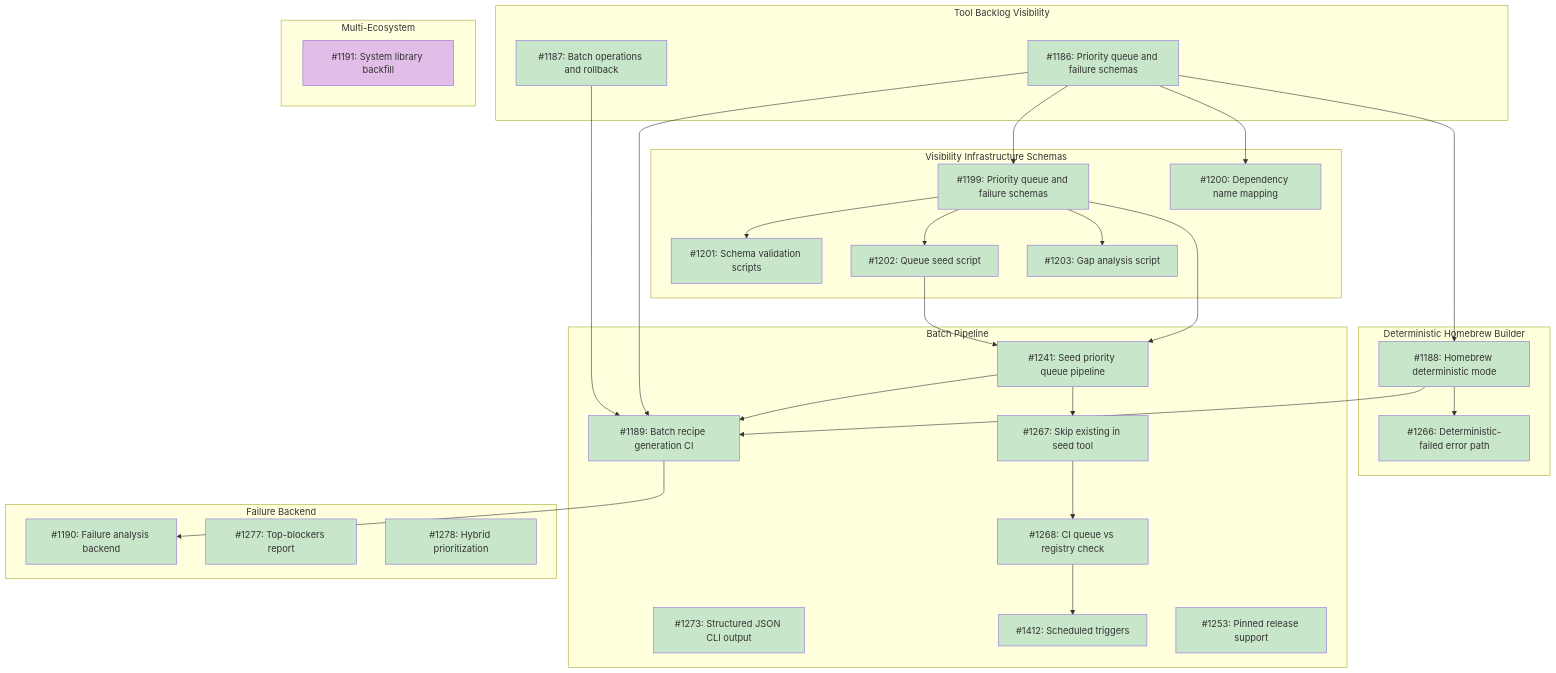
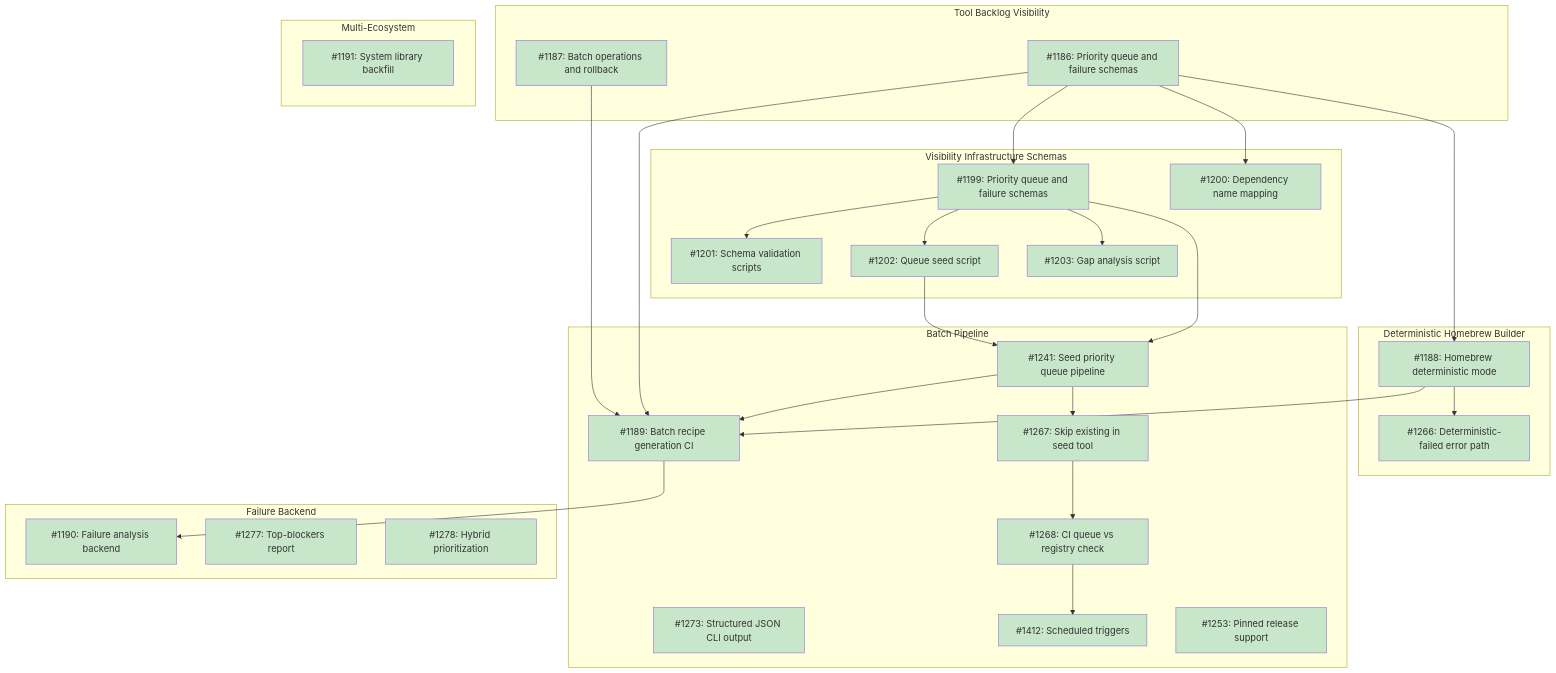
The diagram in docs/designs/DESIGN-registry-scale-strategy.md (tsukumogami/tsuku), drawn with Mermaid before and after one commit. The commit also changed other lines of this file and 57 other files, not shown here.

````diff
--- a/docs/designs/DESIGN-registry-scale-strategy.md
+++ b/docs/designs/DESIGN-registry-scale-strategy.md
@@ -135,6 +136,7 @@
     classDef ready fill:#bbdefb
     classDef blocked fill:#fff9c4
     classDef needsDesign fill:#e1bee7
+    classDef tracksDesign fill:#FFE0B2,stroke:#F57C00
 
     class I1186,I1187 done
     class I1200 done
@@ -154,5 +156,5 @@
     class I1190 done
     class I1277 done
     class I1278 done
-    class I1191 needsDesign
+    class I1191 done
 ```
````
